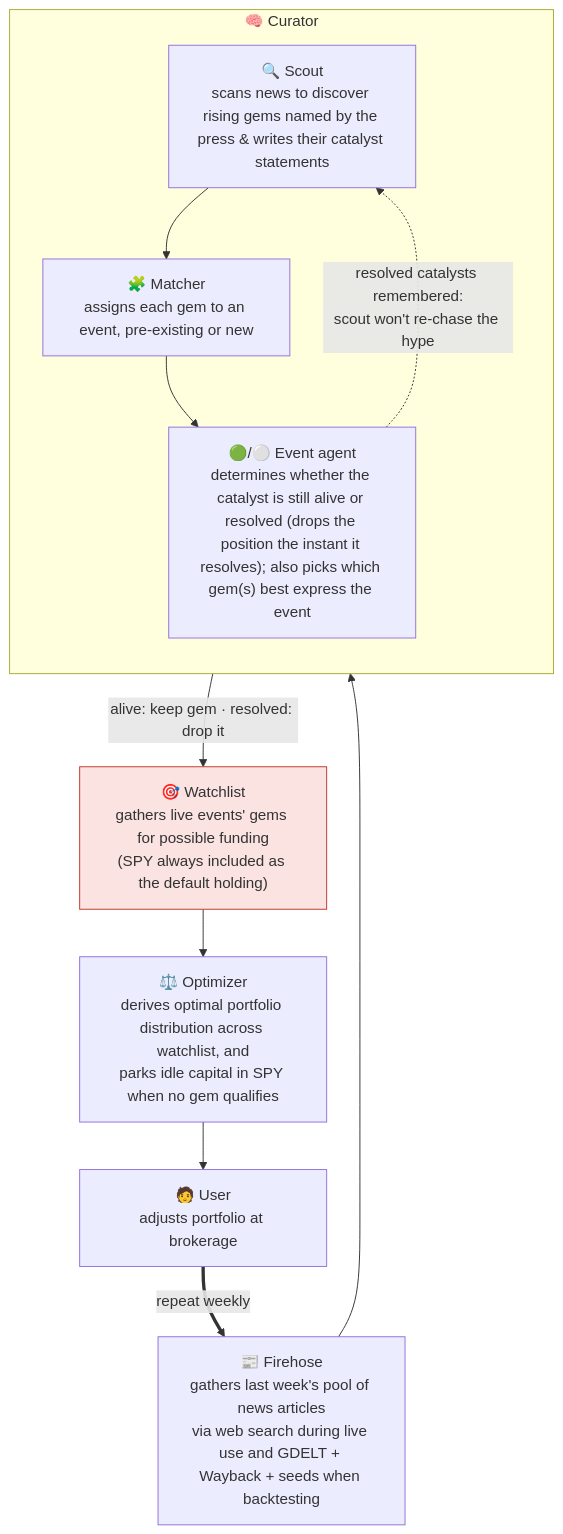
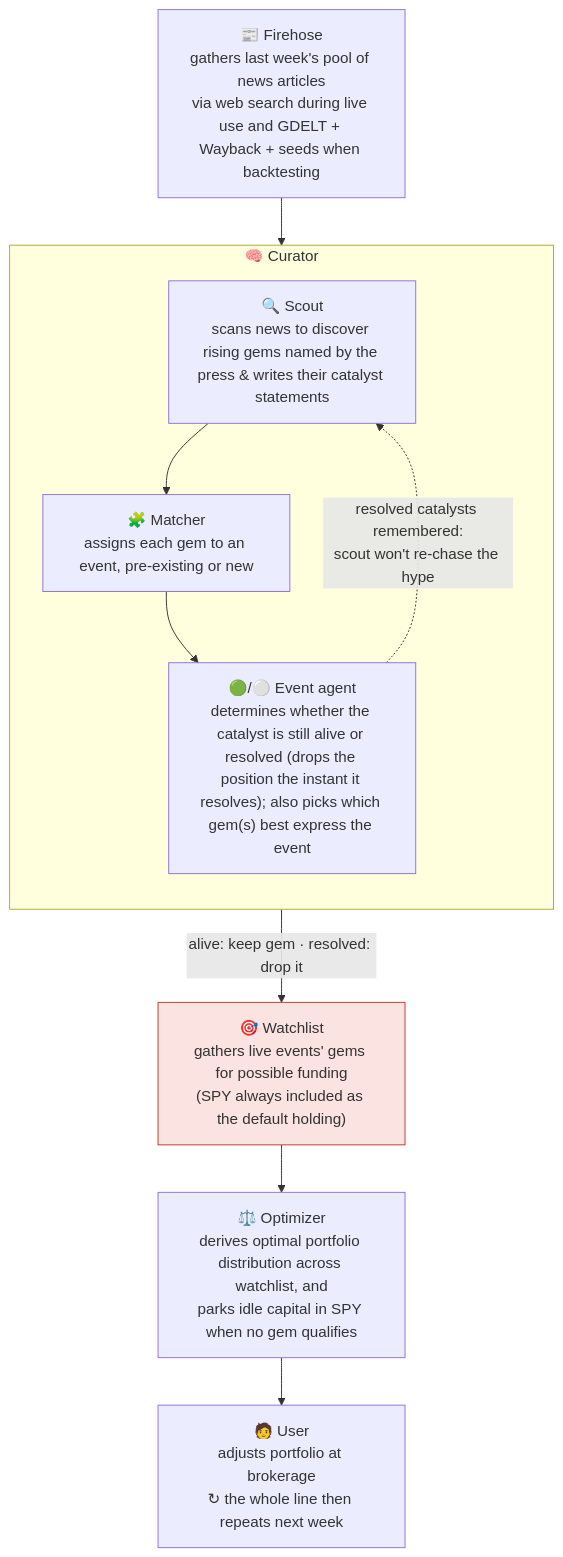
The diagram in README.md (joehahn/geo-herd-rider), drawn with Mermaid before and after one commit. The commit also changed 5 other files, not shown here.

First line of the commit message:
MP dashboard: promote new-prompt book (hold-through-silence); README diagram: drop weekly-loop edge so firehose sits on top

````diff
--- a/README.md
+++ b/README.md
@@ -18,25 +18,24 @@
 ```mermaid
 flowchart TD
     S["📰 Firehose<br/>gathers last week's pool of news articles<br/>via web search during live use and GDELT + Wayback + seeds when backtesting"]
 
     subgraph CUR["🧠 Curator"]
       direction TB
       SC["🔍 Scout<br/>scans news to discover rising gems named by the press & writes their catalyst statements"]
       MA["🧩 Matcher<br/>assigns each gem to an event, pre-existing or new"]
       AG["🟢/⚪ Event agent<br/>determines whether the catalyst is still alive or resolved (drops the position the instant it resolves); also picks which gem(s) best express the event"]
       SC --> MA --> AG
     end
 
     E["🎯 Watchlist<br/>gathers live events' gems for possible funding<br/>(SPY always included as the default holding)"]
     W["⚖️ Optimizer<br/>derives optimal portfolio distribution across watchlist, and<br/>parks idle capital in SPY when no gem qualifies"]
-    U["🧑 User<br/>adjusts portfolio at brokerage"]
+    U["🧑 User<br/>adjusts portfolio at brokerage<br/>↻ the whole line then repeats next week"]
 
     S --> SC
     AG -- "alive: keep gem · resolved: drop it" --> E
     AG -. "resolved catalysts remembered:<br/>scout won't re-chase the hype" .-> SC
     E --> W --> U
-    U == "repeat weekly" ==> S
 
     classDef bet fill:#fae3e0,stroke:#c0392b;
     class E bet
 ```
````
